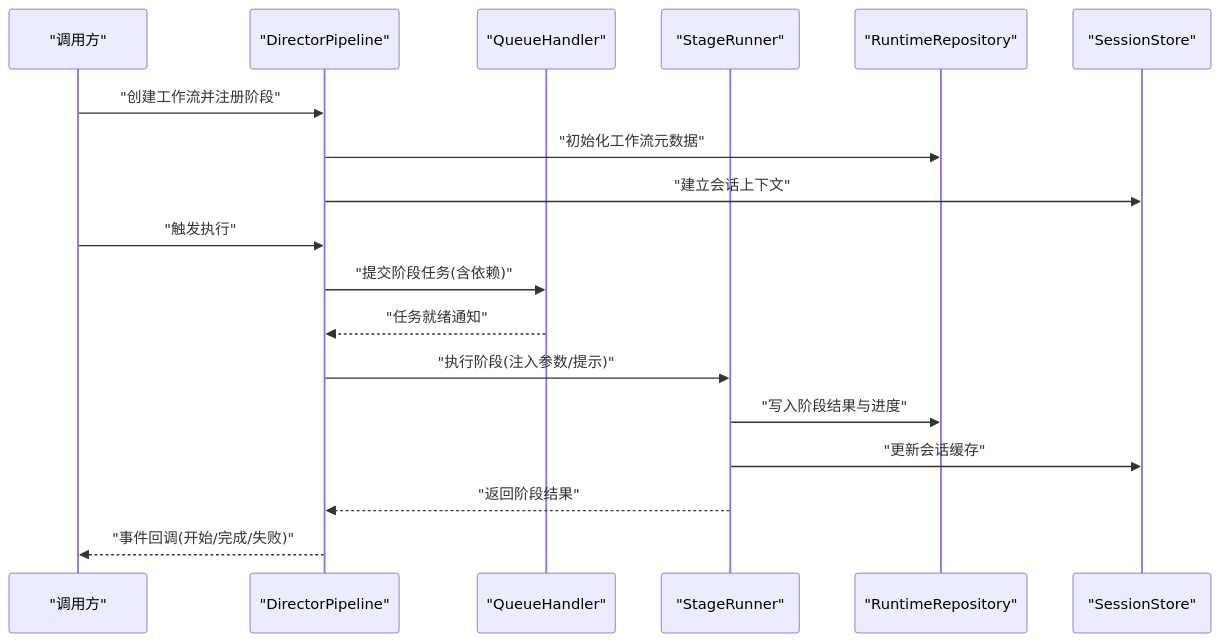
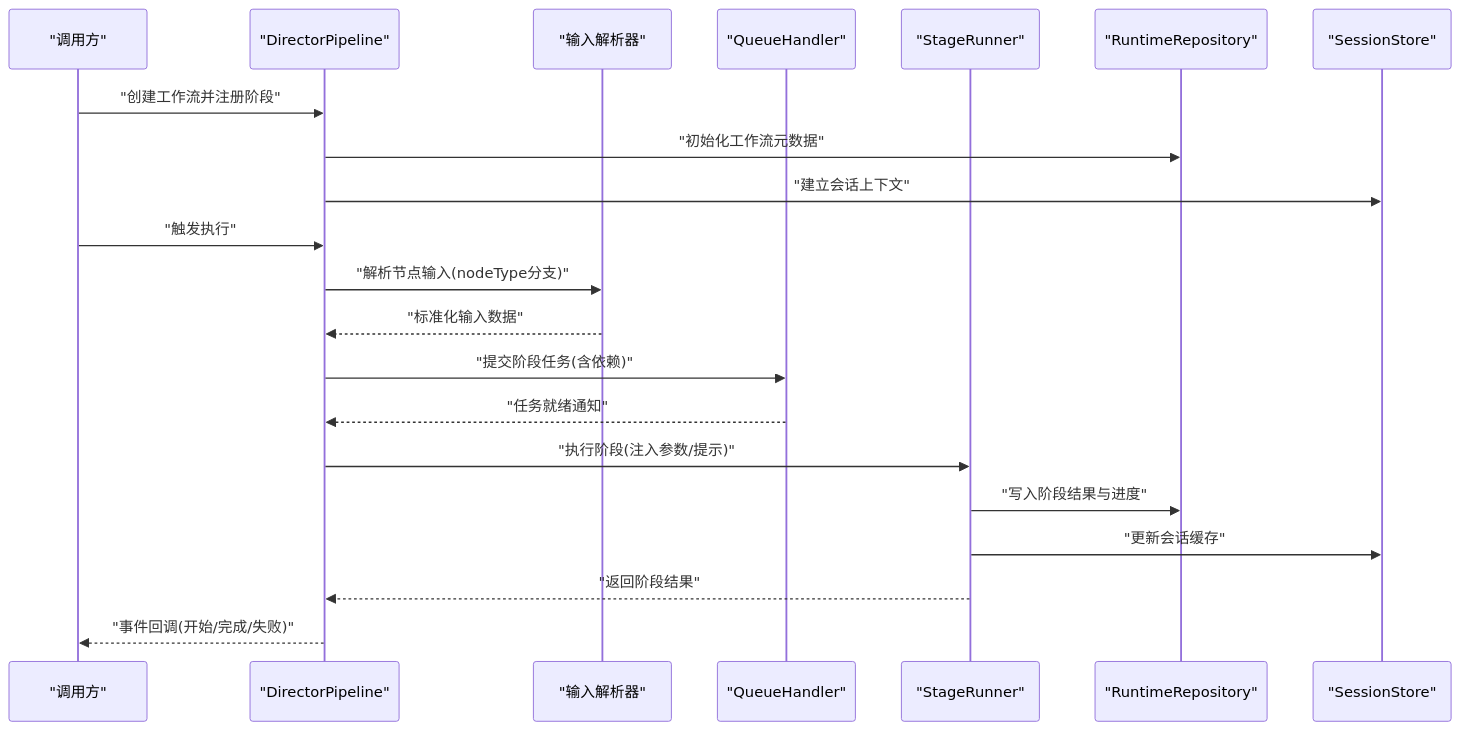
The second of 11 diagrams in .qoder/repowiki/zh/content/核心功能模块/导演系统/工作流编排引擎.md (AIMFllyYS/code-video-canvas), drawn with Mermaid before and after one commit. The commit also changed other lines of this file and 20 other files, not shown here.

````diff
--- a/.qoder/repowiki/zh/content/核心功能模块/导演系统/工作流编排引擎.md
+++ b/.qoder/repowiki/zh/content/核心功能模块/导演系统/工作流编排引擎.md
@@ -105,20 +116,23 @@
 ```mermaid
 sequenceDiagram
 participant Client as "调用方"
 participant Pipeline as "DirectorPipeline"
+participant InputResolver as "输入解析器"
 participant Queue as "QueueHandler"
 participant Runner as "StageRunner"
 participant Repo as "RuntimeRepository"
 participant Store as "SessionStore"
 Client->>Pipeline : "创建工作流并注册阶段"
 Pipeline->>Repo : "初始化工作流元数据"
 Pipeline->>Store : "建立会话上下文"
 Client->>Pipeline : "触发执行"
+Pipeline->>InputResolver : "解析节点输入(nodeType分支)"
+InputResolver-->>Pipeline : "标准化输入数据"
 Pipeline->>Queue : "提交阶段任务(含依赖)"
 Queue-->>Pipeline : "任务就绪通知"
 Pipeline->>Runner : "执行阶段(注入参数/提示)"
 Runner->>Repo : "写入阶段结果与进度"
 Runner->>Store : "更新会话缓存"
 Runner-->>Pipeline : "返回阶段结果"
 Pipeline-->>Client : "事件回调(开始/完成/失败)"
 ```
````
